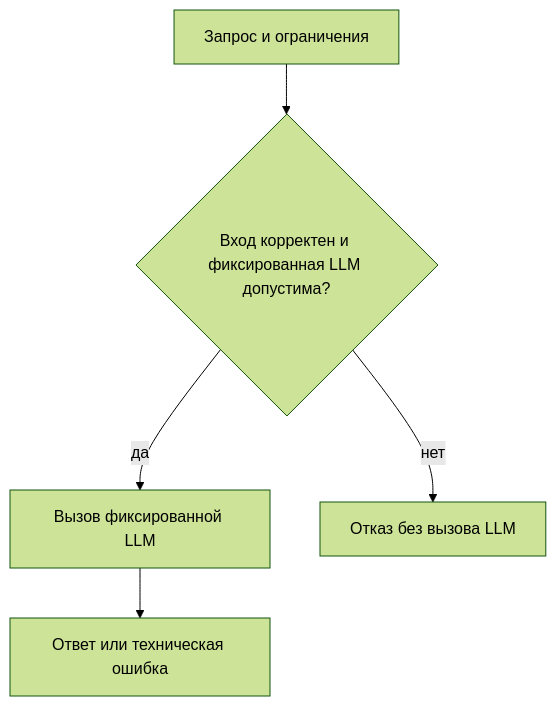
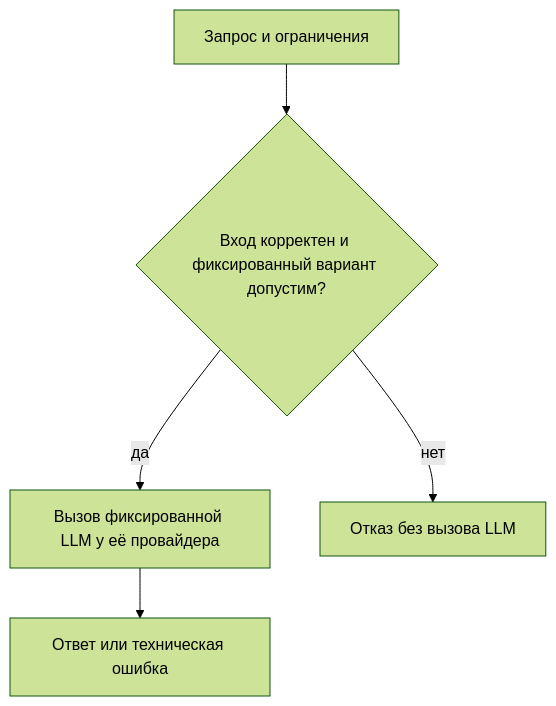
The first of 2 diagrams in docs/ml_system_design_doc.md (Mixlazer/ML_Sys_Design_HW), drawn with Mermaid (forest theme) before and after one commit. The commit also changed other lines of this file and 1 other file, not shown here.

Commit message:
Define domain-based routing for local and cloud LLM providers

````diff
--- a/docs/ml_system_design_doc.md
+++ b/docs/ml_system_design_doc.md
@@ -207,7 +209,7 @@
 ```mermaid
 flowchart TD
-    REQUEST["Запрос и ограничения"] --> CHECK{"Вход корректен и фиксированная LLM допустима?"}
-    CHECK -->|"да"| CALL["Вызов фиксированной LLM"]
+    REQUEST["Запрос и ограничения"] --> CHECK{"Вход корректен и фиксированный вариант допустим?"}
+    CHECK -->|"да"| CALL["Вызов фиксированной LLM у её провайдера"]
     CHECK -->|"нет"| ERROR["Отказ без вызова LLM"]
     CALL --> RESULT["Ответ или техническая ошибка"]
 ```
````
